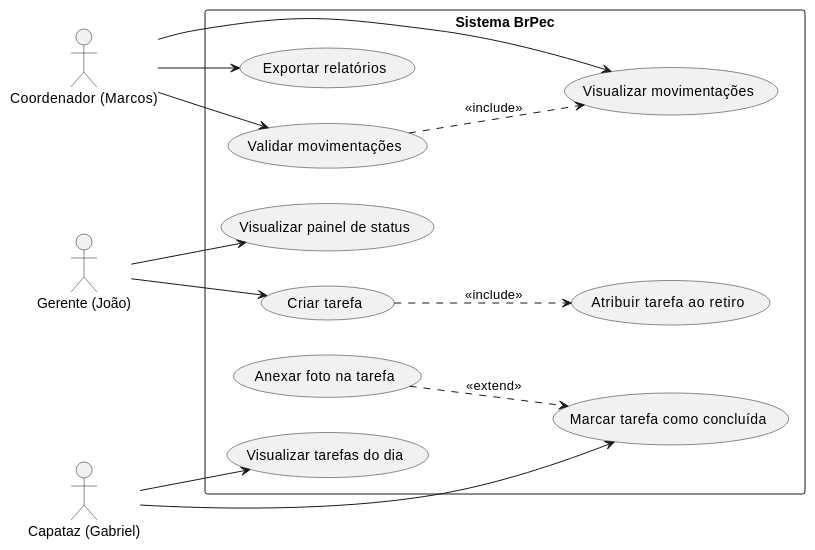
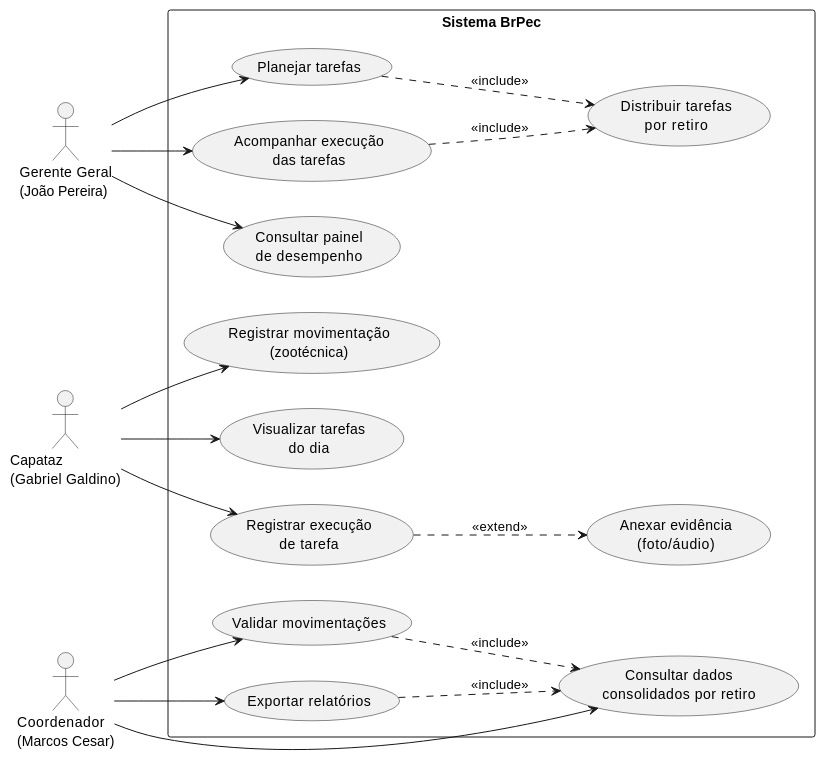
The diagram in documentos/wad.md (EduardoG-13/SynTech), drawn with PlantUML before and after one commit.

Commit message:
docs: alterei o diagrama de casos de uso

```diff
--- a/documentos/wad.md
+++ b/documentos/wad.md
@@ -1047,38 +1047,49 @@
 @startuml
 left to right direction
 
-actor "Gerente (João)" as Gerente
-actor "Coordenador (Marcos)" as Coordenador
-actor "Capataz (Gabriel)" as Capataz
+actor "Gerente Geral\n(João Pereira)" as Gerente
+actor "Coordenador\n(Marcos Cesar)" as Coordenador
+actor "Capataz\n(Gabriel Galdino)" as Capataz
 
 rectangle "Sistema BrPec" {
 
-usecase "Criar tarefa" as UC1
-usecase "Atribuir tarefa ao retiro" as UC2
-usecase "Visualizar painel de status" as UC3
+usecase "Planejar tarefas" as UC1
+usecase "Distribuir tarefas\npor retiro" as UC2
+usecase "Acompanhar execução\ndas tarefas" as UC3
 
-usecase "Visualizar tarefas do dia" as UC4
-usecase "Marcar tarefa como concluída" as UC5
-usecase "Anexar foto na tarefa" as UC6
+usecase "Consultar painel\nde desempenho" as UC4
 
-usecase "Visualizar movimentações" as UC7
-usecase "Validar movimentações" as UC8
-usecase "Exportar relatórios" as UC9
+usecase "Visualizar tarefas\ndo dia" as UC5
+usecase "Registrar execução\nde tarefa" as UC6
+usecase "Anexar evidência\n(foto/áudio)" as UC7
+
+usecase "Registrar movimentação\n(zootécnica)" as UC8
+
+usecase "Consultar dados\nconsolidados por retiro" as UC9
+usecase "Validar movimentações" as UC10
+usecase "Exportar relatórios" as UC11
 }
 
+' --- Atores ---
 Gerente --> UC1
+Gerente --> UC4
 Gerente --> UC3
 
-Capataz --> UC4
 Capataz --> UC5
+Capataz --> UC6
+Capataz --> UC8
 
-Coordenador --> UC7
-Coordenador --> UC8
 Coordenador --> UC9
+Coordenador --> UC10
+Coordenador --> UC11
 
+' --- Relações ---
 UC1 ..> UC2 : <<include>>
-UC8 ..> UC7 : <<include>>
+UC3 ..> UC2 : <<include>>
 
-UC6 ..> UC5 : <<extend>>
+UC6 ..> UC7 : <<extend>>
+
+UC10 ..> UC9 : <<include>>
+UC11 ..> UC9 : <<include>>
 
 @enduml
```
